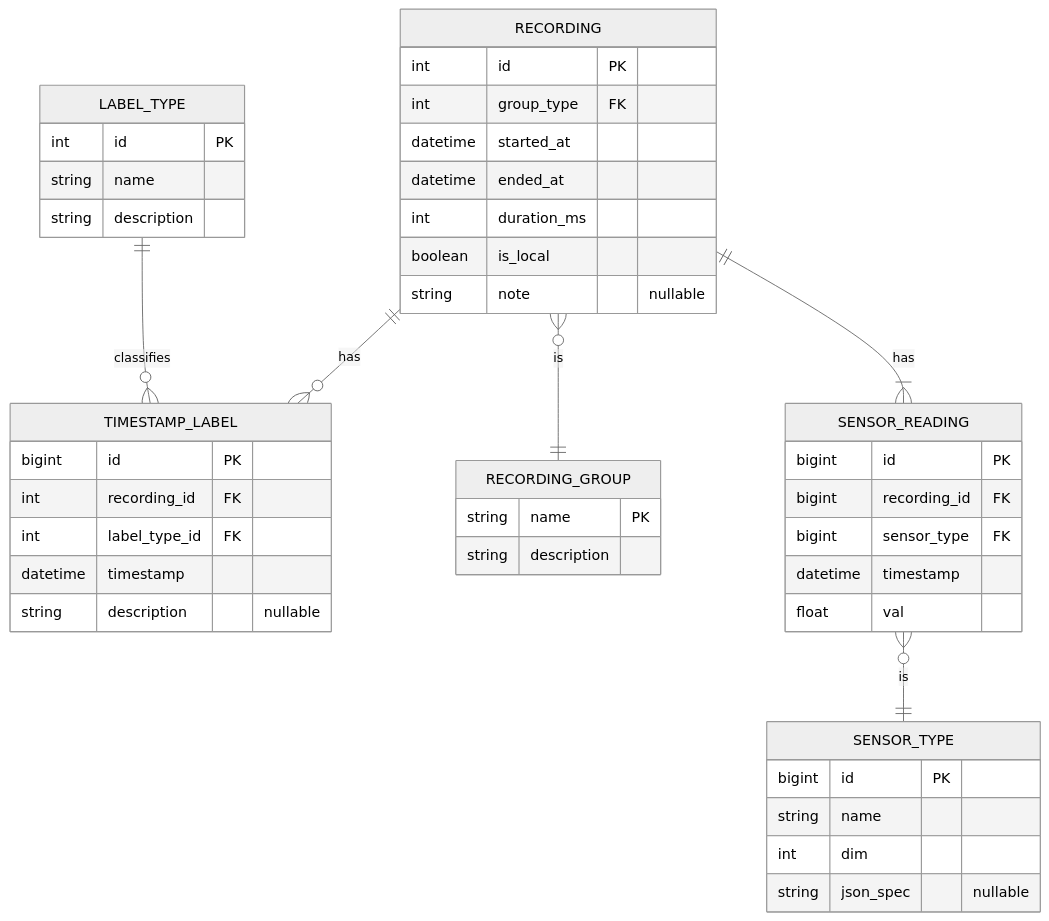
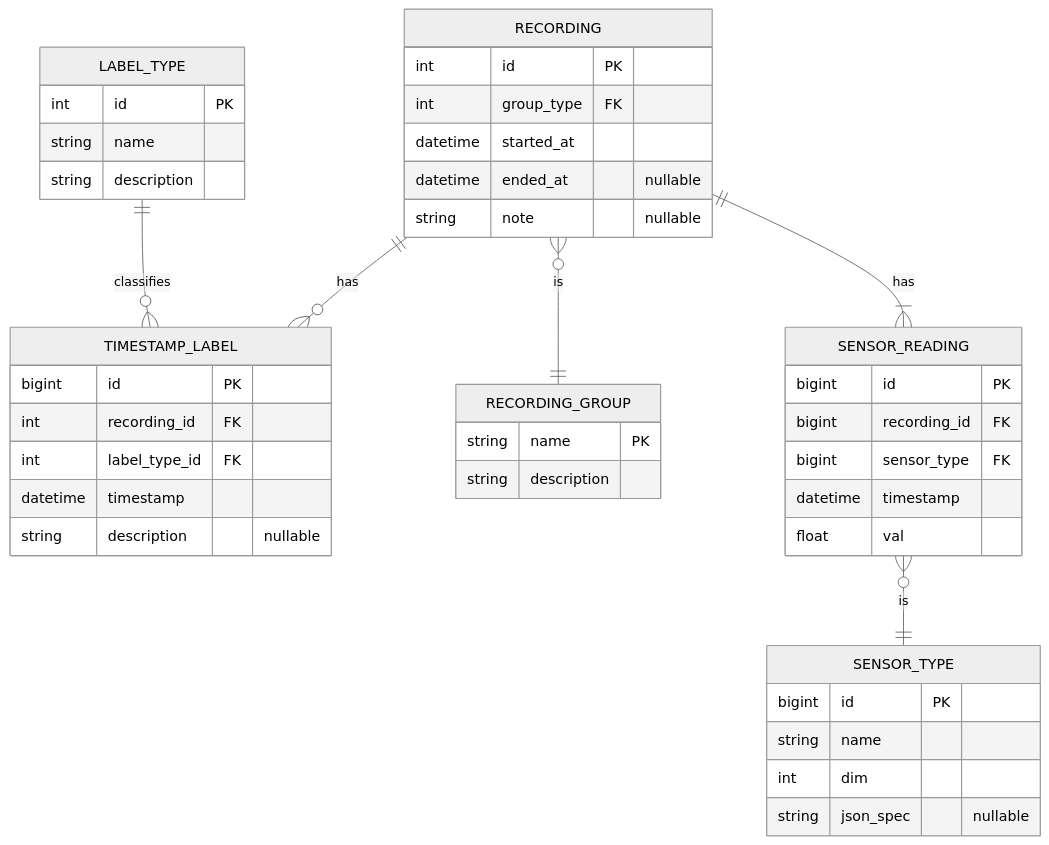
Before and after one commit to PrzemyslawBorczak1/TupTup: the diagram in labs/TupTrack/docs/db-schema.md, drawn with Mermaid (neutral theme). The commit also changed other lines of this file and 9 other files, not shown here.

````diff
--- a/labs/TupTrack/docs/db-schema.md
+++ b/labs/TupTrack/docs/db-schema.md
@@ -4,51 +4,49 @@
 ```mermaid
 erDiagram
     RECORDING ||--o{ TIMESTAMP_LABEL : has
     RECORDING }o--|| RECORDING_GROUP : is
     LABEL_TYPE ||--o{ TIMESTAMP_LABEL : classifies
     RECORDING ||--|{ SENSOR_READING : has
     SENSOR_READING }o--|| SENSOR_TYPE : is
 
     RECORDING {
         int id PK
         int group_type FK
         datetime started_at
-        datetime ended_at
-        int duration_ms
-        boolean is_local
+        datetime ended_at "nullable"
         string note "nullable"
     }
 
     SENSOR_READING {
         bigint id PK
         bigint recording_id FK
         bigint sensor_type FK
         datetime timestamp
         float val
     }
 
     SENSOR_TYPE {
         bigint id PK
         string name
         int dim
         string json_spec "nullable"
     }
 
     LABEL_TYPE {
         int id PK
         string name
         string description 
     }
     TIMESTAMP_LABEL {
         bigint id PK
         int recording_id FK
         int label_type_id FK
         datetime timestamp
         string description "nullable"
     }
 
     RECORDING_GROUP{
         string name PK
         string description
     }
 ```
````
